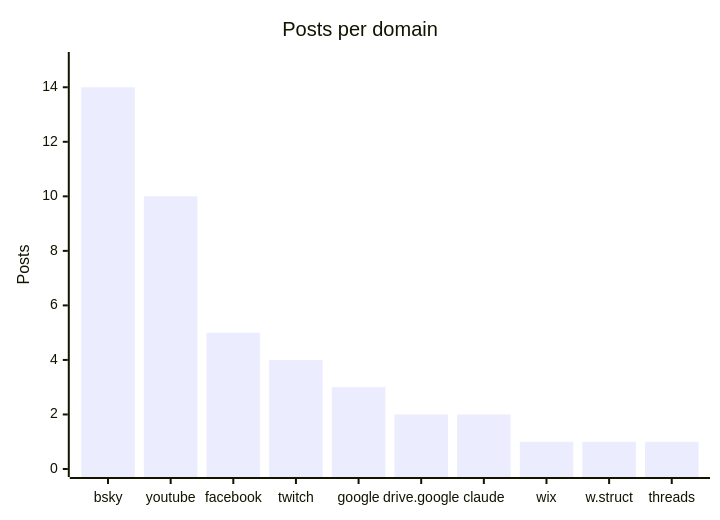
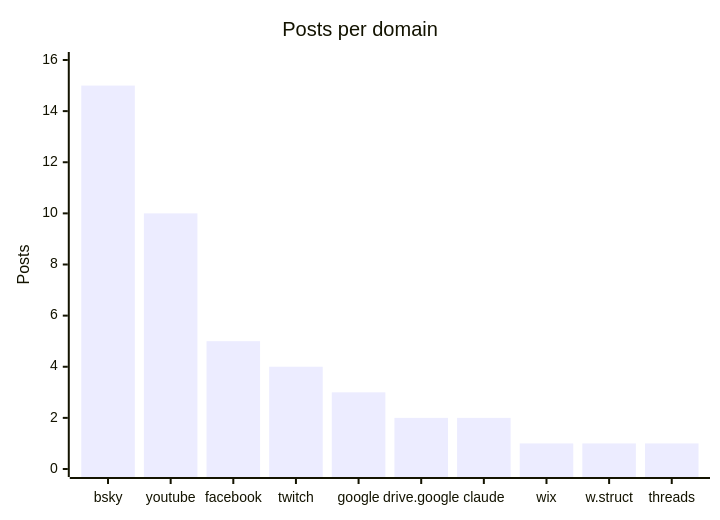
The fourth of 4 diagrams in README.md (martinbalfanz/social-scanner-reports), drawn with Mermaid before and after one commit. The commit also changed other lines of this file and 3 other files, not shown here.

````diff
--- a/README.md
+++ b/README.md
@@ -58,7 +58,7 @@
 ```mermaid
 xychart-beta
     title "Posts per domain"
     x-axis ["bsky", "youtube", "facebook", "twitch", "google", "drive.google", "claude", "wix", "w.struct", "threads"]
-    y-axis "Posts" 0 --> 15
-    bar [14, 10, 5, 4, 3, 2, 2, 1, 1, 1]
+    y-axis "Posts" 0 --> 16
+    bar [15, 10, 5, 4, 3, 2, 2, 1, 1, 1]
 ```
````
